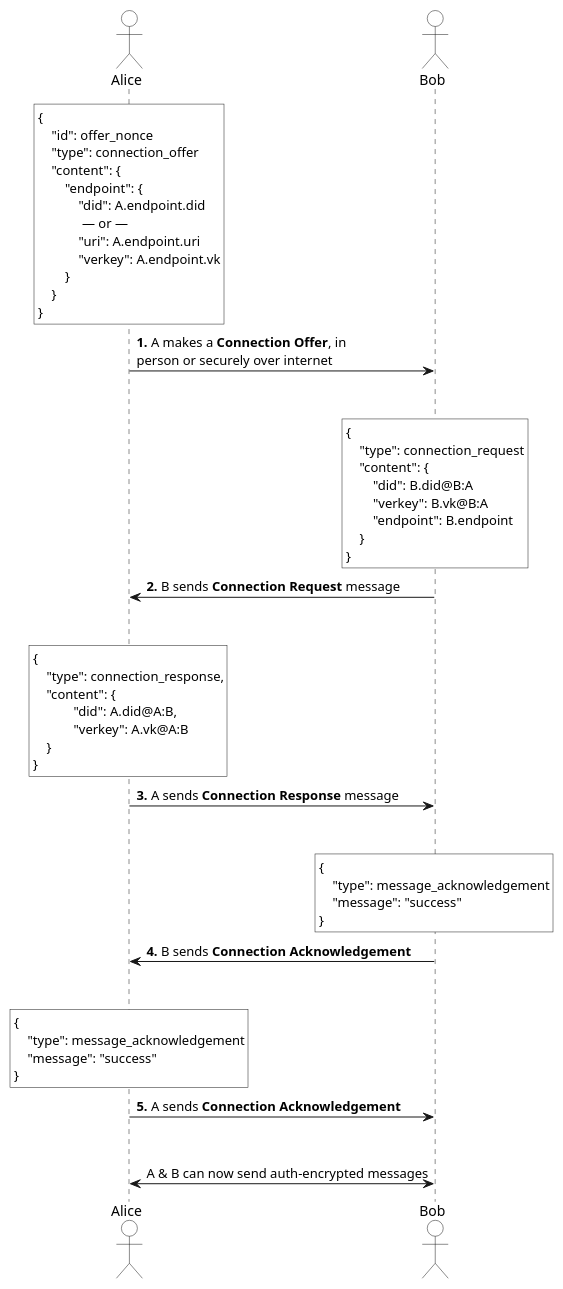
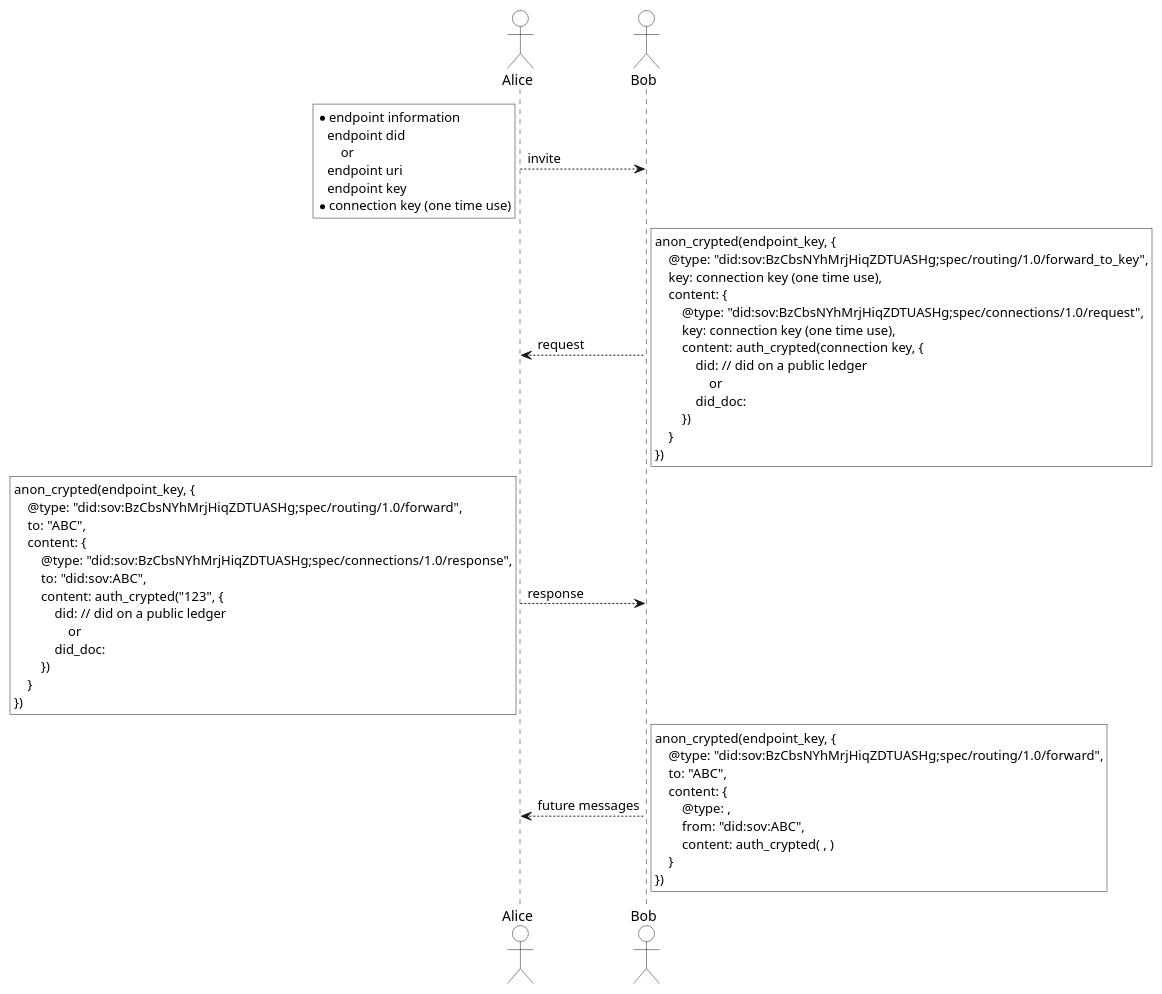
The diagram in text/connection-protocol/establishing_connection.puml (hyperledger/indy-hipe), drawn with PlantUML before and after one commit. The commit also changed 2 other files, not shown here.

```diff
--- a/text/connection-protocol/establishing_connection.puml
+++ b/text/connection-protocol/establishing_connection.puml
@@ -1,84 +1,60 @@
 @startuml
+actor Alice #white
+actor Bob #white
 
-actor Alice as A #white
-actor Bob as B #white
-
-'1. Connection Offer
-
-rnote over A #white
-{
-    "id": offer_nonce
-    "type": connection_offer
-    "content": {
-        "endpoint": {
-            "did": A.endpoint.did
-             — or —
-            "uri": A.endpoint.uri
-            "verkey": A.endpoint.vk
-        }
-    }
-}
+Alice --> Bob : invite
+rnote left #white
+    * endpoint information
+       endpoint did
+           or
+       endpoint uri
+       endpoint key
+    * connection key (one time use)
 end note
 
-A -> B: **1.** A makes a **Connection Offer**, in\nperson or securely over internet
-||35||
-
-
-'2. Connection Request
-rnote over B #white
-{
-    "type": connection_request
-    "content": {
-        "did": B.did@B:A
-        "verkey": B.vk@B:A
-        "endpoint": B.endpoint
+Bob --> Alice: request
+rnote right #white
+anon_crypted(endpoint_key, {
+    @type: "did:sov:BzCbsNYhMrjHiqZDTUASHg;spec/routing/1.0/forward_to_key",
+    key: connection key (one time use),
+    content: {
+        @type: "did:sov:BzCbsNYhMrjHiqZDTUASHg;spec/connections/1.0/request",
+        key: connection key (one time use),
+        content: auth_crypted(connection key, {
+            did: // did on a public ledger
+                or
+            did_doc:
+        })
     }
-}
+})
+end note
+Alice --> Bob: response
+rnote left #white
+anon_crypted(endpoint_key, {
+    @type: "did:sov:BzCbsNYhMrjHiqZDTUASHg;spec/routing/1.0/forward",
+    to: "ABC",
+    content: {
+        @type: "did:sov:BzCbsNYhMrjHiqZDTUASHg;spec/connections/1.0/response",
+        to: "did:sov:ABC",
+        content: auth_crypted("123", {
+            did: // did on a public ledger
+                or
+            did_doc:
+        })
+    }
+})
 end note
 
-B -> A: **2.** B sends **Connection Request** message
-||35||
-
-
-'3. Connection Response
-rnote over A #white
-{
-    "type": connection_response,
-    "content": {
-            "did": A.did@A:B,
-            "verkey": A.vk@A:B
+Bob --> Alice: future messages
+rnote right #white
+anon_crypted(endpoint_key, {
+    @type: "did:sov:BzCbsNYhMrjHiqZDTUASHg;spec/routing/1.0/forward",
+    to: "ABC",
+    content: {
+        @type: ,
+        from: "did:sov:ABC",
+        content: auth_crypted( , )
     }
-}
+})
 end note
-
-A -> B: **3.** A sends **Connection Response** message
-||35||
-
-
-'4. Bob's Acknowledgement
-rnote over B #white
-{
-    "type": message_acknowledgement
-    "message": "success"
-}
-end note
-
-B -> A: **4.** B sends **Connection Acknowledgement** 
-||35||
-
-
-'5. Alice's Acknowledgement
-rnote over A #white
-{
-    "type": message_acknowledgement
-    "message": "success"
-}
-end note
-
-A -> B: **5.** A sends **Connection Acknowledgement** 
-||35||
-
-
-A <-> B: A & B can now send auth-encrypted messages
-
 @enduml
```
